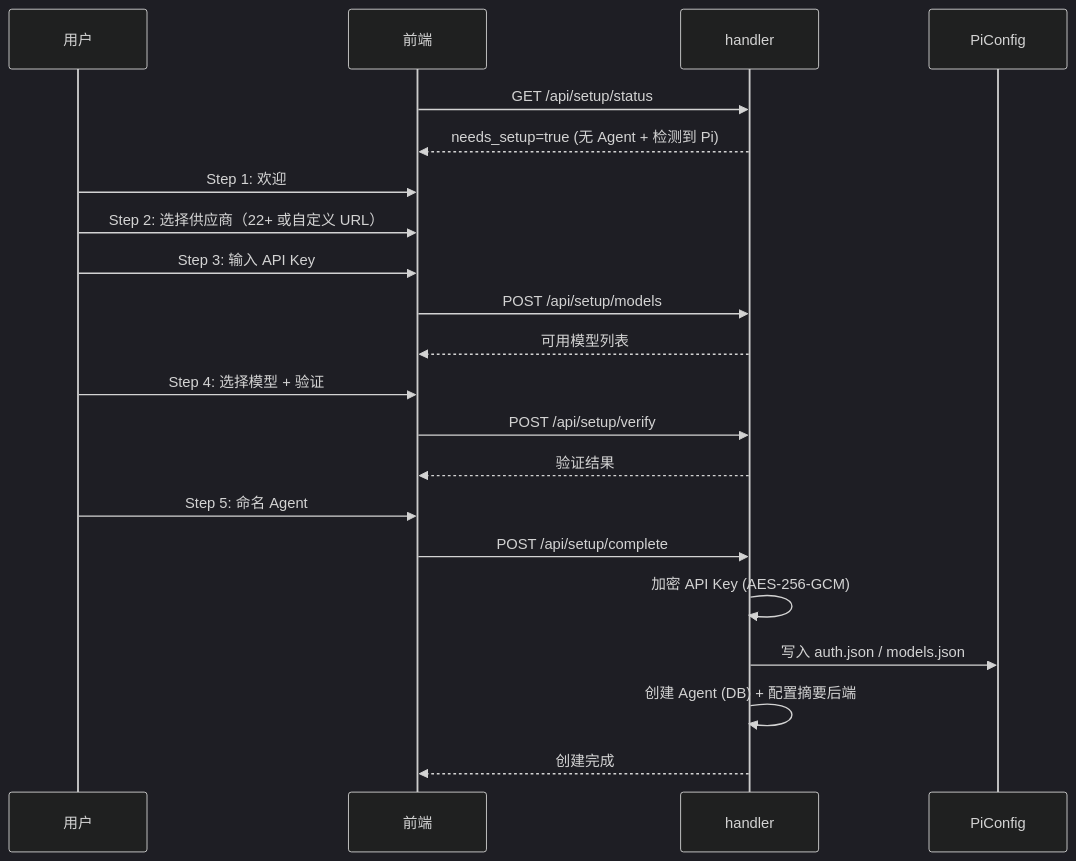
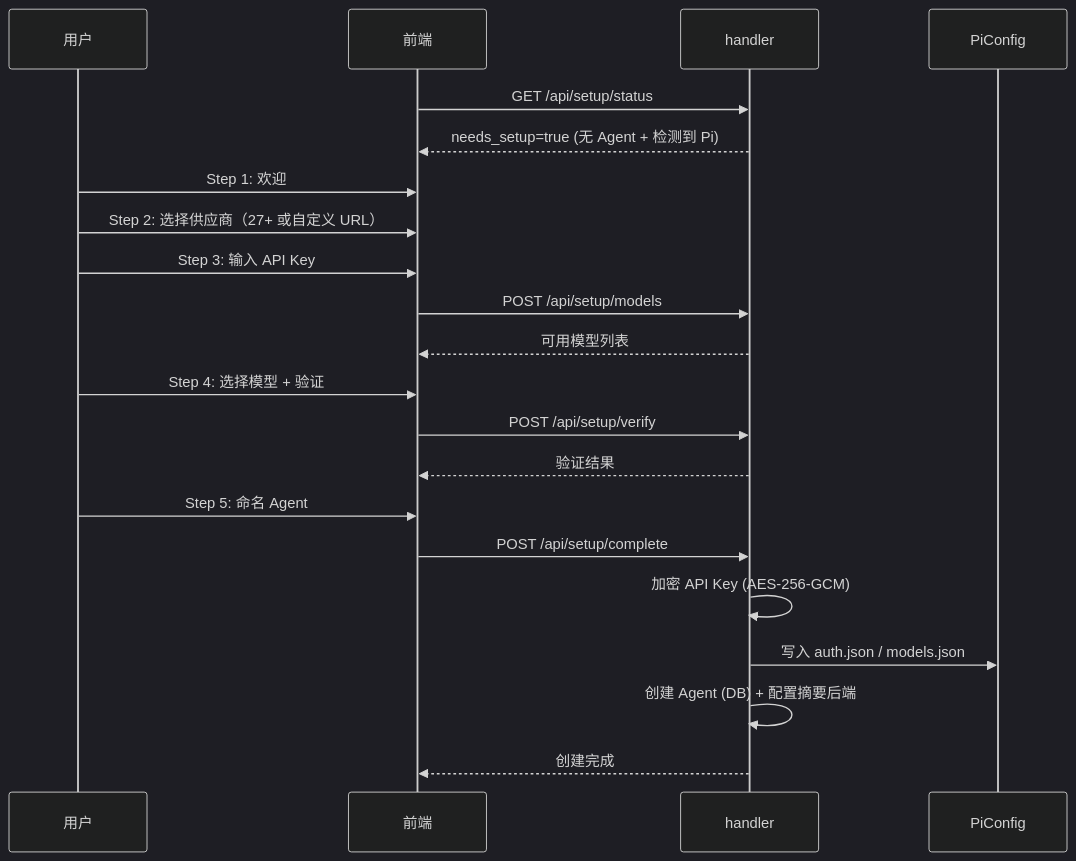
The first of 2 diagrams in docs/spec/features/setup-wizard.md (clawbench-dev/clawbench), drawn with Mermaid (dark theme) before and after one commit. The commit also changed other lines of this file and 9 other files, not shown here.

````diff
--- a/docs/spec/features/setup-wizard.md
+++ b/docs/spec/features/setup-wizard.md
@@ -9,25 +9,25 @@
 ```mermaid
 sequenceDiagram
     participant 用户
     participant 前端
     participant handler
     participant PiConfig
 
     前端->>handler: GET /api/setup/status
     handler-->>前端: needs_setup=true (无 Agent + 检测到 Pi)
 
     用户->>前端: Step 1: 欢迎
-    用户->>前端: Step 2: 选择供应商（22+ 或自定义 URL）
+    用户->>前端: Step 2: 选择供应商（27+ 或自定义 URL）
     用户->>前端: Step 3: 输入 API Key
     前端->>handler: POST /api/setup/models
     handler-->>前端: 可用模型列表
     用户->>前端: Step 4: 选择模型 + 验证
     前端->>handler: POST /api/setup/verify
     handler-->>前端: 验证结果
     用户->>前端: Step 5: 命名 Agent
     前端->>handler: POST /api/setup/complete
     handler->>handler: 加密 API Key (AES-256-GCM)
     handler->>PiConfig: 写入 auth.json / models.json
     handler->>handler: 创建 Agent (DB) + 配置摘要后端
     handler-->>前端: 创建完成
 ```
````
